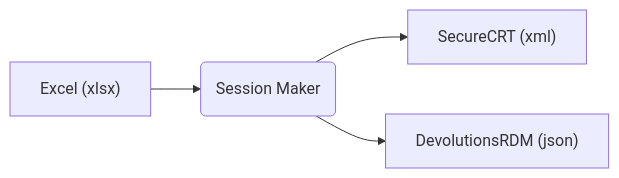
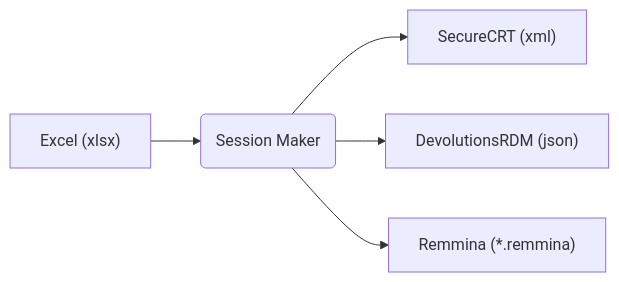
Before and after one commit to mkyrc/SessionMaker: the first of 2 diagrams in README.md, drawn with Mermaid. The commit also changed other lines of this file and 24 other files, not shown here.

````diff
--- a/README.md
+++ b/README.md
@@ -67,6 +67,7 @@
 ```mermaid
 graph LR;
     Excel["Excel (xlsx)"]-->SM("Session Maker")
     SM-->scrt["SecureCRT (xml)"]
     SM-->rdm["DevolutionsRDM (json)"];
+    SM-->remmina["Remmina (*.remmina)"];
 ```
````
